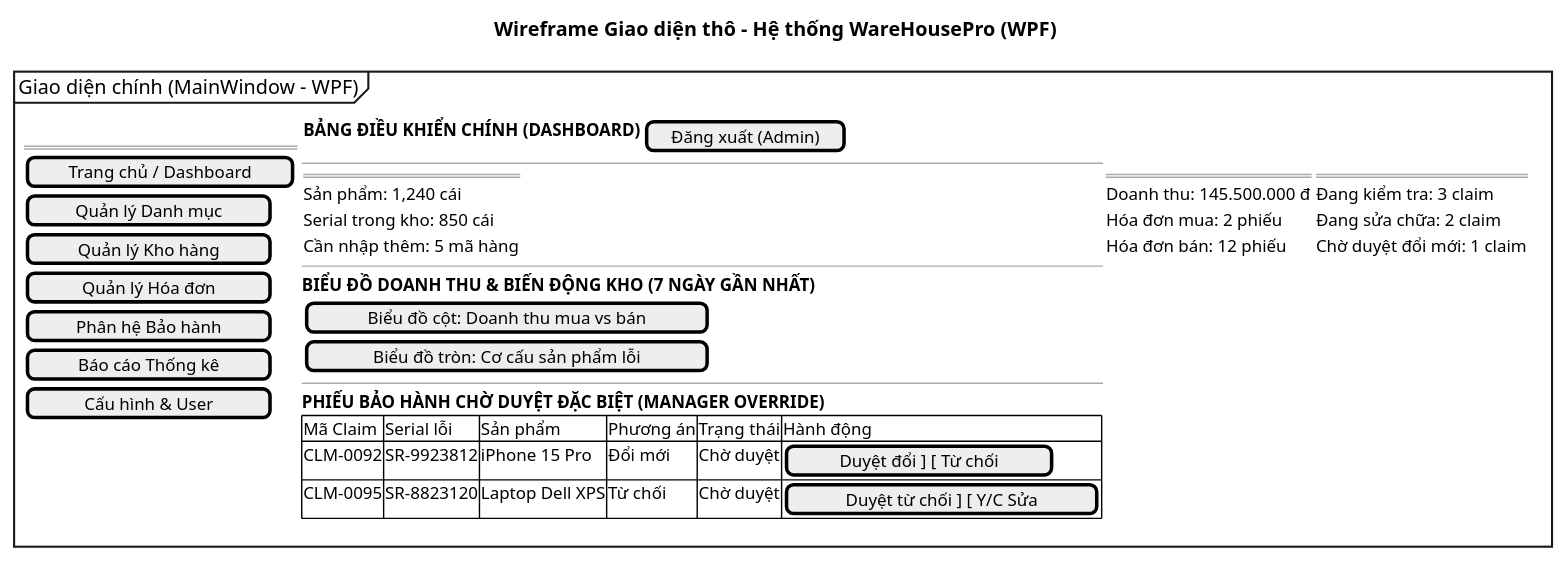
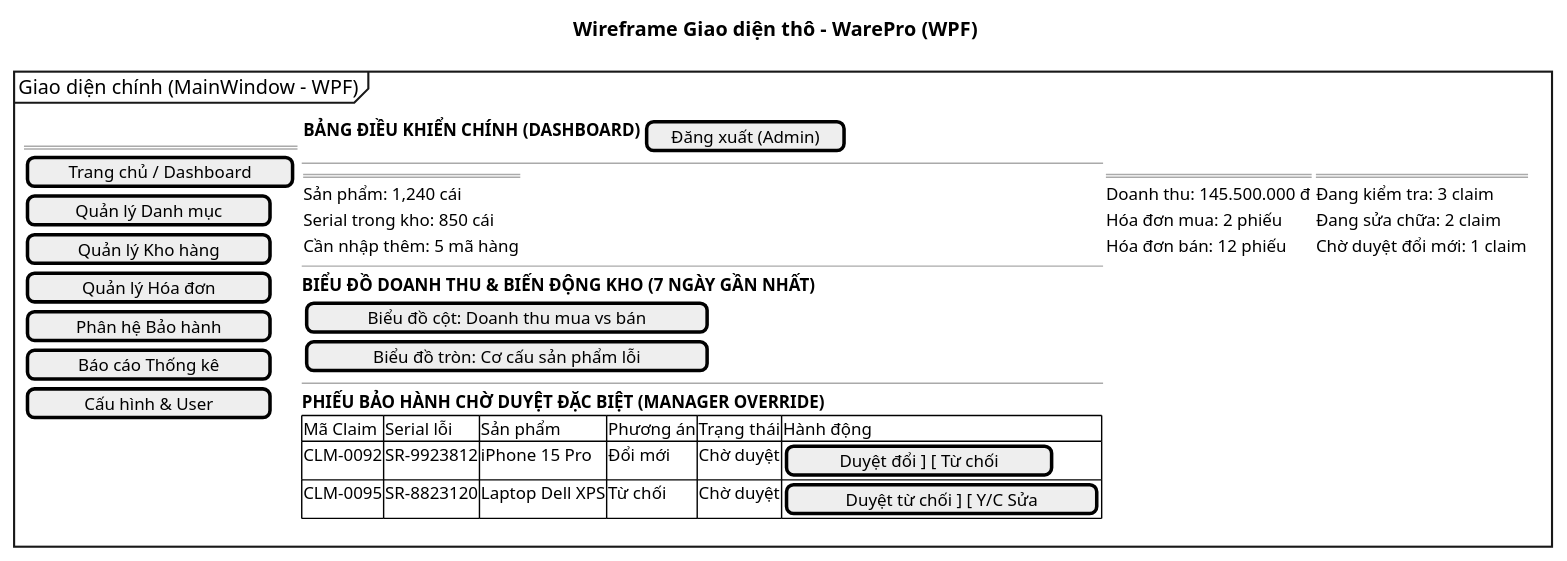
Before and after one commit to TheGiver262/WarePro: the diagram in Diagram/plantuml/Wireframe_Dashboard_XuatKho.puml, drawn with PlantUML. The commit also changed 30 other files, not shown here.

First line of the commit message:
fix(app): align WarePro identity and startup

```diff
--- a/Diagram/plantuml/Wireframe_Dashboard_XuatKho.puml
+++ b/Diagram/plantuml/Wireframe_Dashboard_XuatKho.puml
@@ -1,53 +1,53 @@
 @startsalt Wireframe_Dashboard_XuatKho
-title Wireframe Giao diện thô - Hệ thống WareHousePro (WPF)
+title Wireframe Giao diện thô - WarePro (WPF)
 
 mainframe Giao diện chính (MainWindow - WPF)
 {
   {
     .
     == Menu Hệ thống ==
     [ Trang chủ / Dashboard ]
     [ Quản lý Danh mục    ]
     [ Quản lý Kho hàng    ]
     [ Quản lý Hóa đơn     ]
     [ Phân hệ Bảo hành    ]
     [ Báo cáo Thống kê    ]
     [ Cấu hình & User     ]
     .
   } | {
     {
       **BẢNG ĐIỀU KHIỂN CHÍNH (DASHBOARD)** | [Đăng xuất (Admin)]
     }
     --
     {
       ==== Tồn kho tổng hợp ====
       Sản phẩm: 1,240 cái
       Serial trong kho: 850 cái
       Cần nhập thêm: 5 mã hàng
     } | {
       ==== Hóa đơn hôm nay ====
       Doanh thu: 145.500.000 đ
       Hóa đơn mua: 2 phiếu
       Hóa đơn bán: 12 phiếu
     } | {
       ==== Trạng thái Bảo hành ====
       Đang kiểm tra: 3 claim
       Đang sửa chữa: 2 claim
       Chờ duyệt đổi mới: 1 claim
     }
     --
     **BIỂU ĐỒ DOANH THU & BIẾN ĐỘNG KHO (7 NGÀY GẦN NHẤT)**
     {
       [ Biểu đồ cột: Doanh thu mua vs bán ]
       [ Biểu đồ tròn: Cơ cấu sản phẩm lỗi ]
     }
     --
     **PHIẾU BẢO HÀNH CHỜ DUYỆT ĐẶC BIỆT (MANAGER OVERRIDE)**
     {#
       Mã Claim | Serial lỗi | Sản phẩm | Phương án | Trạng thái | Hành động
       CLM-0092 | SR-9923812 | iPhone 15 Pro | Đổi mới | Chờ duyệt | [ Duyệt đổi ] [ Từ chối ]
       CLM-0095 | SR-8823120 | Laptop Dell XPS | Từ chối | Chờ duyệt | [ Duyệt từ chối ] [ Y/C Sửa ]
     }
   }
 }
 @endsalt
```
